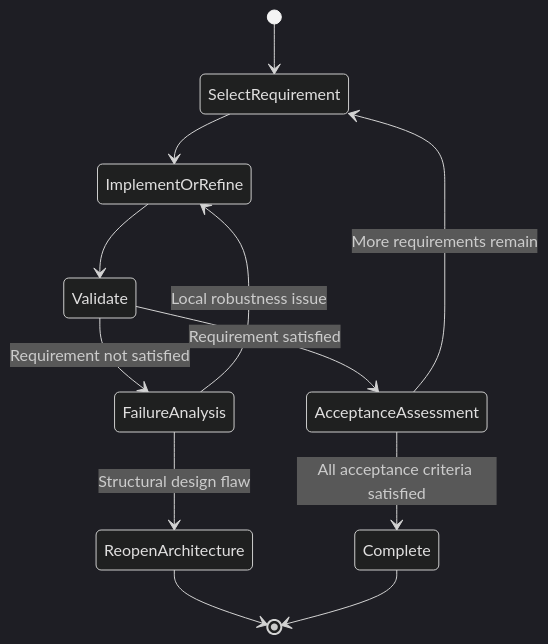
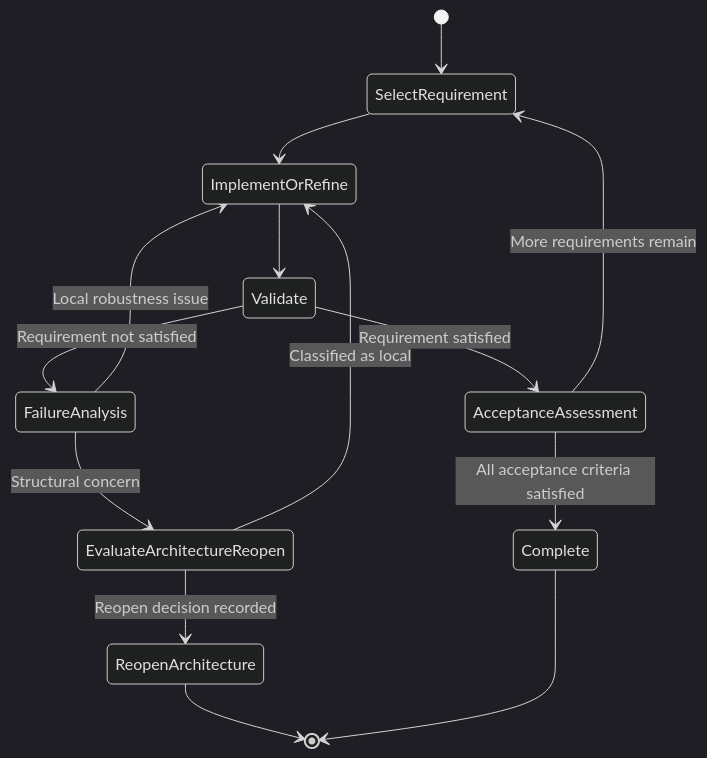
Before and after one commit to apinstein/pattern-language-building-with-ai: the fourth of 4 diagrams in iterative-design-constitution/ITERATIVE_AI_DEVELOPMENT_CONSTITUTION.md, drawn with Mermaid (dark theme). The commit also changed other lines of this file, not shown here.

Commit message:
Refine iterative development constitution

````diff
--- a/iterative-design-constitution/ITERATIVE_AI_DEVELOPMENT_CONSTITUTION.md
+++ b/iterative-design-constitution/ITERATIVE_AI_DEVELOPMENT_CONSTITUTION.md
@@ -413,14 +420,16 @@
 ```mermaid
 stateDiagram-v2
     [*] --> SelectRequirement
     SelectRequirement --> ImplementOrRefine
     ImplementOrRefine --> Validate
     Validate --> FailureAnalysis: Requirement not satisfied
     FailureAnalysis --> ImplementOrRefine: Local robustness issue
-    FailureAnalysis --> ReopenArchitecture: Structural design flaw
+    FailureAnalysis --> EvaluateArchitectureReopen: Structural concern
+    EvaluateArchitectureReopen --> ImplementOrRefine: Classified as local
+    EvaluateArchitectureReopen --> ReopenArchitecture: Reopen decision recorded
     ReopenArchitecture --> [*]
     Validate --> AcceptanceAssessment: Requirement satisfied
     AcceptanceAssessment --> SelectRequirement: More requirements remain
     AcceptanceAssessment --> Complete: All acceptance criteria satisfied
     Complete --> [*]
 ```
````
